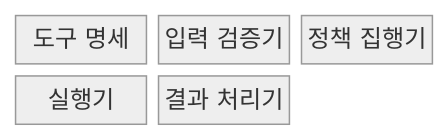
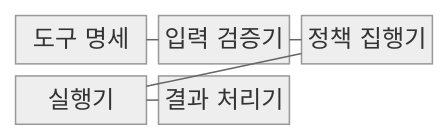
The first of 2 diagrams in src/content/docs/notes/08-latest-tech/010_mcp_tool.md (agnusdei1207/knowledge-base), drawn with Mermaid (neutral theme) before and after one commit. The commit also changed other lines of this file and 228 other files, not shown here.

````diff
--- a/src/content/docs/notes/08-latest-tech/010_mcp_tool.md
+++ b/src/content/docs/notes/08-latest-tech/010_mcp_tool.md
@@ -50,9 +50,13 @@
 ```mermaid
 block-beta
     columns 3
     D["도구 명세"]
     V["입력 검증기"]
     P["정책 집행기"]
     E["실행기"]
     R["결과 처리기"]
+    D --- V
+    V --- P
+    P --- E
+    E --- R
 ```
````
